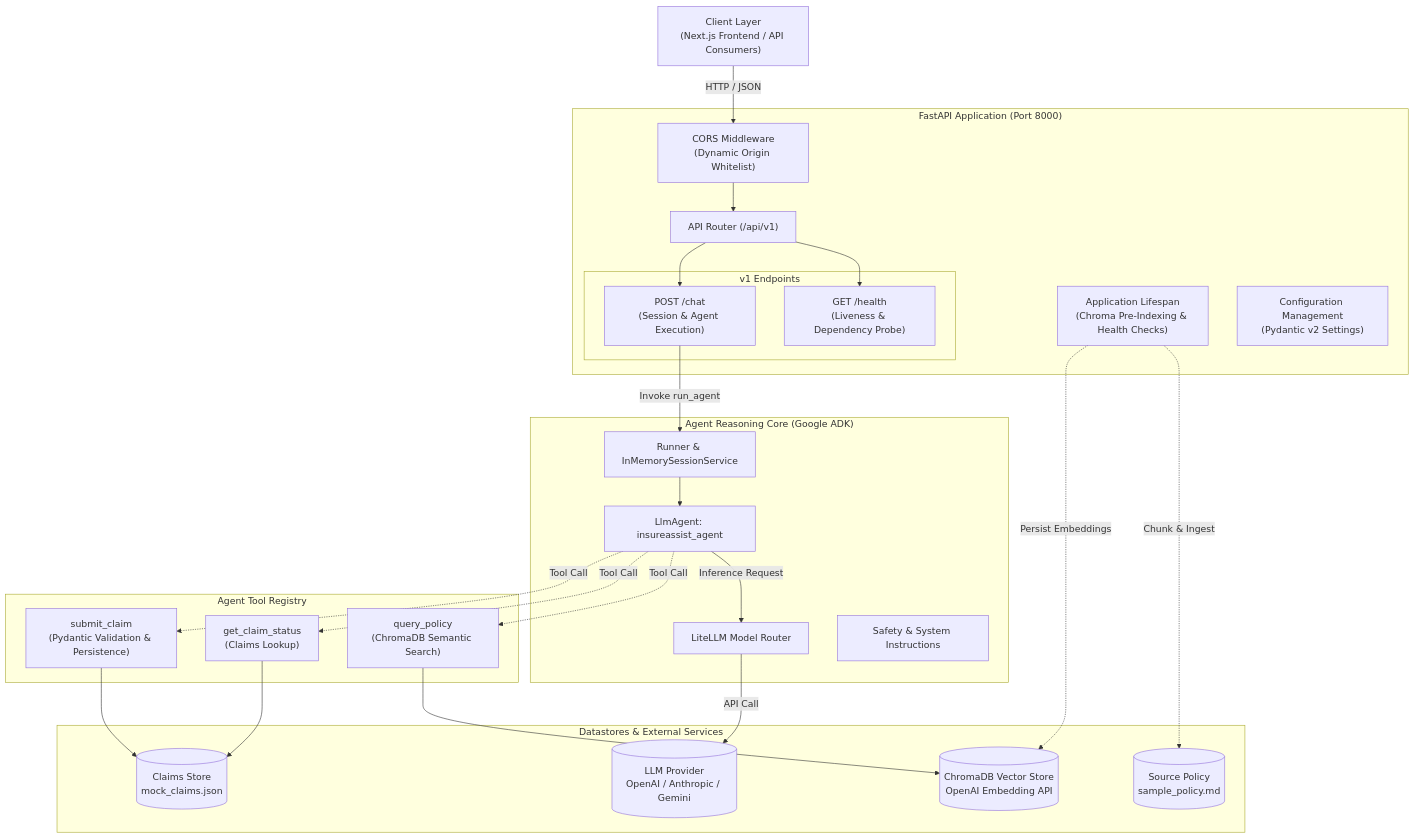
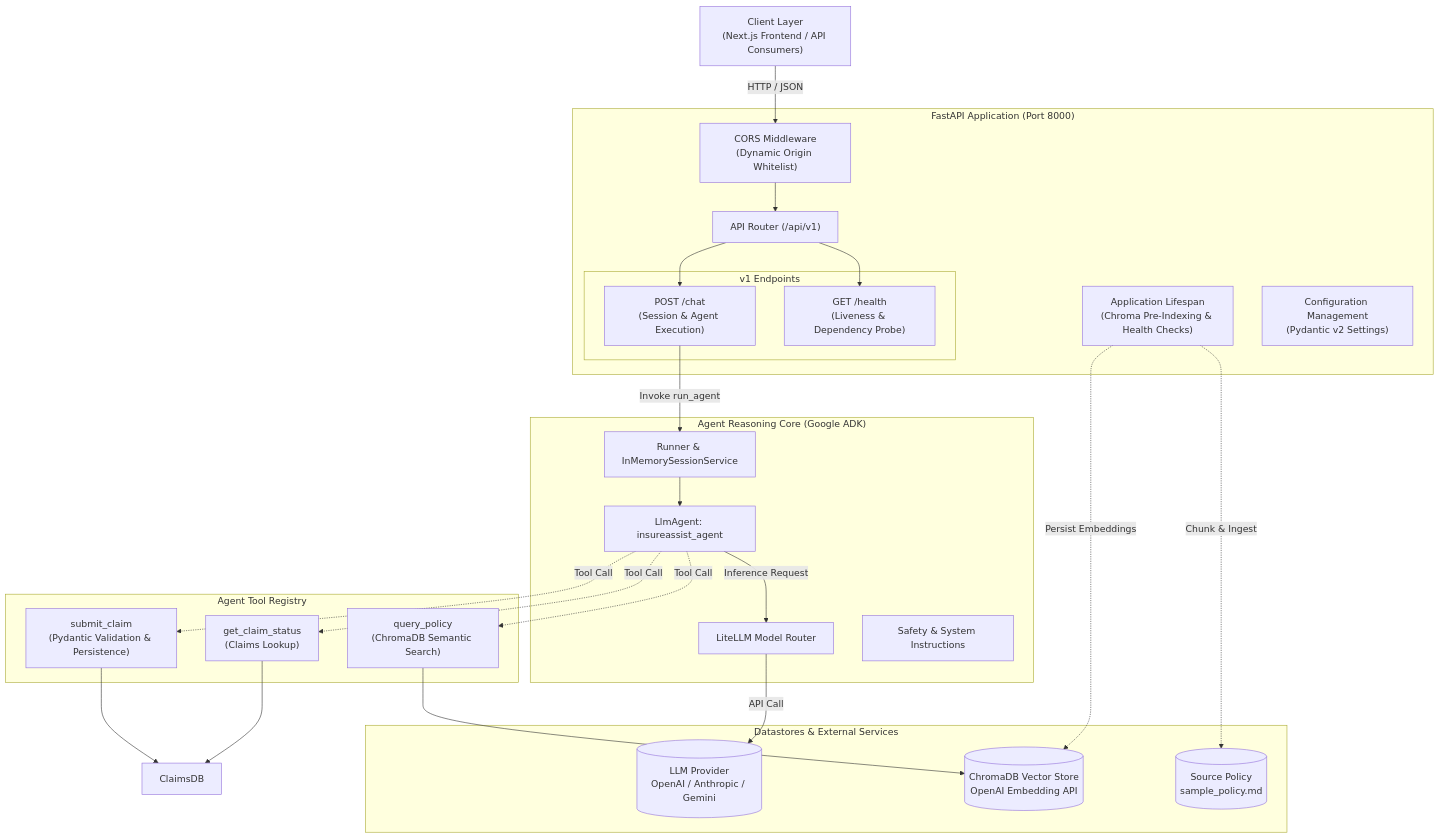
Before and after one commit to eslam-aboutaleb/financial-Assistant: the first of 2 diagrams in backend/README.md, drawn with Mermaid. The commit also changed other lines of this file and 83 other files, not shown here.

````diff
--- a/backend/README.md
+++ b/backend/README.md
@@ -13,57 +13,56 @@
 ```mermaid
 graph TD
     Client["Client Layer<br/>(Next.js Frontend / API Consumers)"]
 
     subgraph FastAPI_Service["FastAPI Application (Port 8000)"]
         CORS["CORS Middleware<br/>(Dynamic Origin Whitelist)"]
         Lifespan["Application Lifespan<br/>(Chroma Pre-Indexing & Health Checks)"]
         Router["API Router (/api/v1)"]
 
         subgraph Endpoints["v1 Endpoints"]
             HealthEP["GET /health<br/>(Liveness & Dependency Probe)"]
             ChatEP["POST /chat<br/>(Session & Agent Execution)"]
         end
 
         Config["Configuration Management<br/>(Pydantic v2 Settings)"]
     end
 
     subgraph Agent_Core["Agent Reasoning Core (Google ADK)"]
         AgentRunner["Runner & InMemorySessionService"]
         LlmAgent["LlmAgent: insureassist_agent"]
         LiteLLM["LiteLLM Model Router"]
         SystemPrompt["Safety & System Instructions"]
     end
 
     subgraph Tools_Layer["Agent Tool Registry"]
         ToolRAG["query_policy<br/>(ChromaDB Semantic Search)"]
         ToolStatus["get_claim_status<br/>(Claims Lookup)"]
         ToolSubmit["submit_claim<br/>(Pydantic Validation & Persistence)"]
     end
 
     subgraph Storage_Layer["Datastores & External Services"]
         ChromaStore[("ChromaDB Vector Store<br/>OpenAI Embedding API")]
-        ClaimsDB[("Claims Store<br/>mock_claims.json")]
         PolicyDoc[("Source Policy<br/>sample_policy.md")]
         LLMProvider[("LLM Provider<br/>OpenAI / Anthropic / Gemini")]
     end
 
     Client -->|HTTP / JSON| CORS
     CORS --> Router
     Router --> HealthEP
     Router --> ChatEP
 
     ChatEP -->|Invoke run_agent| AgentRunner
     AgentRunner --> LlmAgent
     LlmAgent -->|Inference Request| LiteLLM
     LiteLLM -->|API Call| LLMProvider
 
     LlmAgent -.->|Tool Call| ToolRAG
     LlmAgent -.->|Tool Call| ToolStatus
     LlmAgent -.->|Tool Call| ToolSubmit
 
     ToolRAG --> ChromaStore
     ToolStatus --> ClaimsDB
     ToolSubmit --> ClaimsDB
     Lifespan -.->|Chunk & Ingest| PolicyDoc
     Lifespan -.->|Persist Embeddings| ChromaStore
 ```
````
